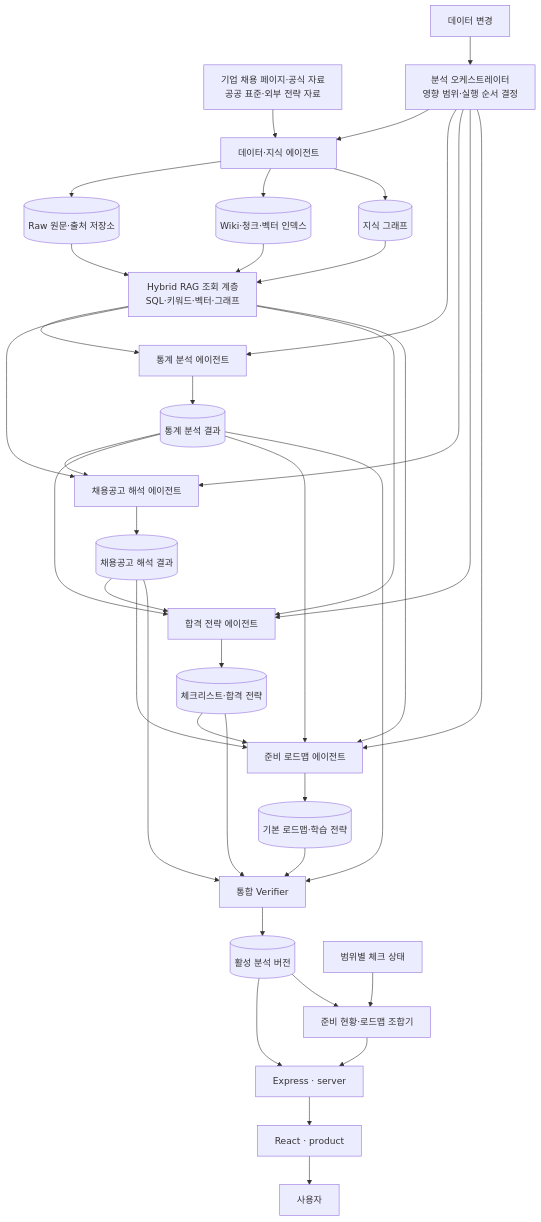
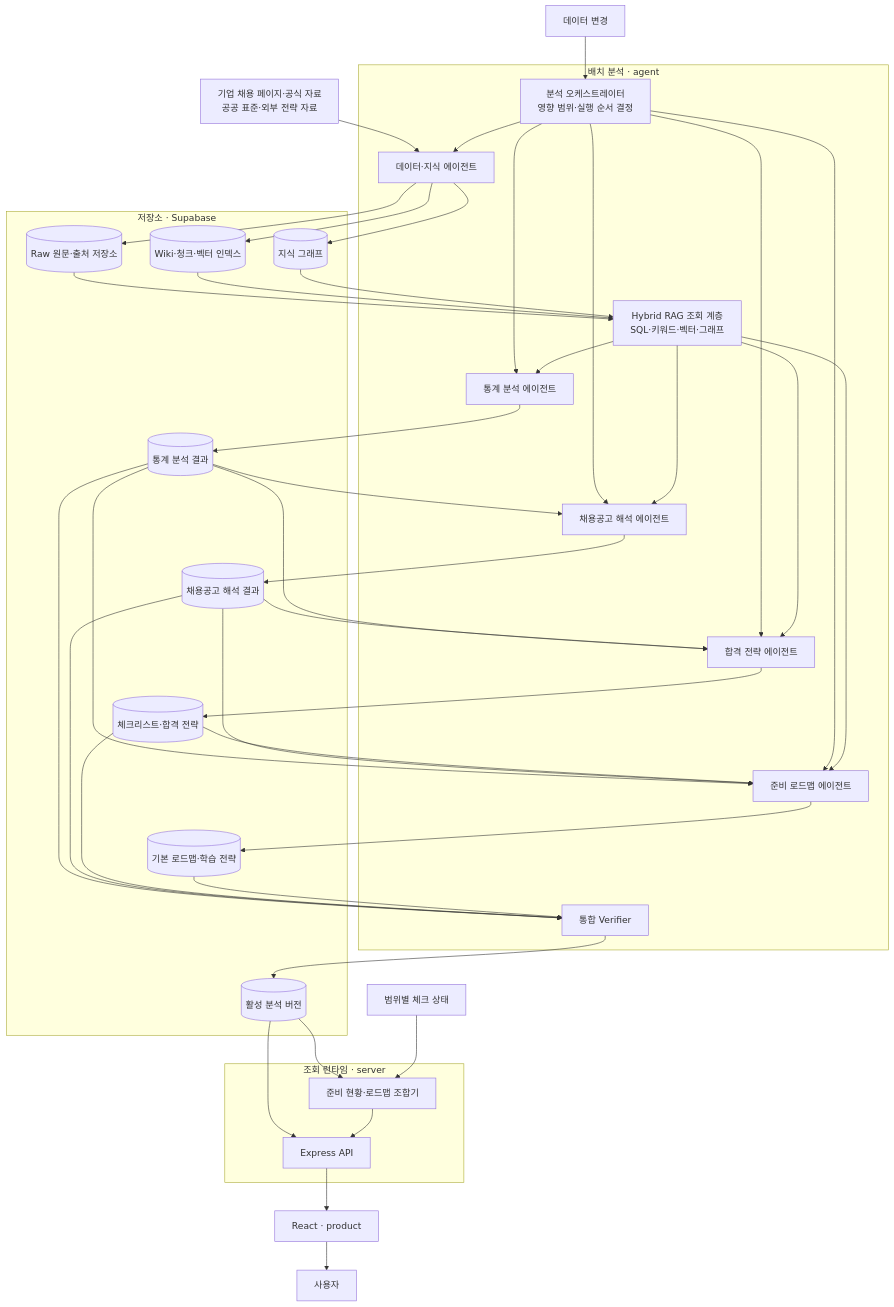
The first of 5 diagrams in docs/architecture.md (Mureung1/hub-showcase), drawn with Mermaid before and after one commit. The commit also changed other lines of this file and 7 other files, not shown here.

Commit message:
docs: refresh design docs, diagrams, and sync references

````diff
--- a/docs/architecture.md
+++ b/docs/architecture.md
@@ -31,48 +32,74 @@
 ```mermaid
 flowchart TB
-    SOURCES["기업 채용 페이지·공식 자료<br/>공공 표준·외부 전략 자료"] --> KNOWLEDGE["데이터·지식 에이전트"]
-    CHANGE["데이터 변경"] --> ORCHESTRATOR["분석 오케스트레이터<br/>영향 범위·실행 순서 결정"]
+    subgraph AGENT["배치 분석 · agent"]
+        ORCHESTRATOR["분석 오케스트레이터<br/>영향 범위·실행 순서 결정"]
+        KNOWLEDGE["데이터·지식 에이전트"]
+        RETRIEVAL["Hybrid RAG 조회 계층<br/>SQL·키워드·벡터·그래프"]
+        STATISTICS["통계 분석 에이전트"]
+        INTERPRETATION["채용공고 해석 에이전트"]
+        STRATEGY["합격 전략 에이전트"]
+        ROADMAP["준비 로드맵 에이전트"]
+        VERIFIER["통합 Verifier"]
+    end
+
+    subgraph STORE["저장소 · Supabase"]
+        RAW_STORE[("Raw 원문·출처 저장소")]
+        WIKI_STORE[("Wiki·청크·벡터 인덱스")]
+        GRAPH_STORE[("지식 그래프")]
+        STATISTICS_OUT[("통계 분석 결과")]
+        INTERPRETATION_OUT[("채용공고 해석 결과")]
+        STRATEGY_OUT[("체크리스트·합격 전략")]
+        ROADMAP_OUT[("기본 로드맵·학습 전략")]
+        ACTIVE[("활성 분석 버전")]
+    end
+
+    subgraph SERVER["조회 런타임 · server"]
+        API["Express API"]
+        COMPOSER["준비 현황·로드맵 조합기"]
+    end
+
+    SOURCES["기업 채용 페이지·공식 자료<br/>공공 표준·외부 전략 자료"] --> KNOWLEDGE
+    CHANGE["데이터 변경"] --> ORCHESTRATOR
     ORCHESTRATOR --> KNOWLEDGE
-    KNOWLEDGE --> RAW_STORE[("Raw 원문·출처 저장소")]
-    KNOWLEDGE --> WIKI_STORE[("Wiki·청크·벡터 인덱스")]
-    KNOWLEDGE --> GRAPH_STORE[("지식 그래프")]
-
-    RAW_STORE --> RETRIEVAL["Hybrid RAG 조회 계층<br/>SQL·키워드·벡터·그래프"]
+    KNOWLEDGE --> RAW_STORE
+    KNOWLEDGE --> WIKI_STORE
+    KNOWLEDGE --> GRAPH_STORE
+    RAW_STORE --> RETRIEVAL
     WIKI_STORE --> RETRIEVAL
     GRAPH_STORE --> RETRIEVAL
 
-    ORCHESTRATOR --> STATISTICS["통계 분석 에이전트"]
+    ORCHESTRATOR --> STATISTICS
     RETRIEVAL --> STATISTICS
-    STATISTICS --> STATISTICS_OUT[("통계 분석 결과")]
+    STATISTICS --> STATISTICS_OUT
 
-    ORCHESTRATOR --> INTERPRETATION["채용공고 해석 에이전트"]
+    ORCHESTRATOR --> INTERPRETATION
     RETRIEVAL --> INTERPRETATION
     STATISTICS_OUT --> INTERPRETATION
-    INTERPRETATION --> INTERPRETATION_OUT[("채용공고 해석 결과")]
+    INTERPRETATION --> INTERPRETATION_OUT
 
-    ORCHESTRATOR --> STRATEGY["합격 전략 에이전트"]
+    ORCHESTRATOR --> STRATEGY
     RETRIEVAL --> STRATEGY
     STATISTICS_OUT --> STRATEGY
     INTERPRETATION_OUT --> STRATEGY
-    STRATEGY --> STRATEGY_OUT[("체크리스트·합격 전략")]
+    STRATEGY --> STRATEGY_OUT
 
-    ORCHESTRATOR --> ROADMAP["준비 로드맵 에이전트"]
+    ORCHESTRATOR --> ROADMAP
     RETRIEVAL --> ROADMAP
     STATISTICS_OUT --> ROADMAP
     INTERPRETATION_OUT --> ROADMAP
     STRATEGY_OUT --> ROADMAP
-    ROADMAP --> ROADMAP_OUT[("기본 로드맵·학습 전략")]
+    ROADMAP --> ROADMAP_OUT
 
-    STATISTICS_OUT --> VERIFIER["통합 Verifier"]
+    STATISTICS_OUT --> VERIFIER
     INTERPRETATION_OUT --> VERIFIER
     STRATEGY_OUT --> VERIFIER
     ROADMAP_OUT --> VERIFIER
-    VERIFIER --> ACTIVE[("활성 분석 버전")]
+    VERIFIER --> ACTIVE
 
-    ACTIVE --> API["Express · server"]
-    ACTIVE --> COMPOSER["준비 현황·로드맵 조합기"]
+    ACTIVE --> API
+    ACTIVE --> COMPOSER
     CHECKS["범위별 체크 상태"] --> COMPOSER
     COMPOSER --> API
     API --> UI["React · product"]
     UI --> USER["사용자"]
 ```
````
